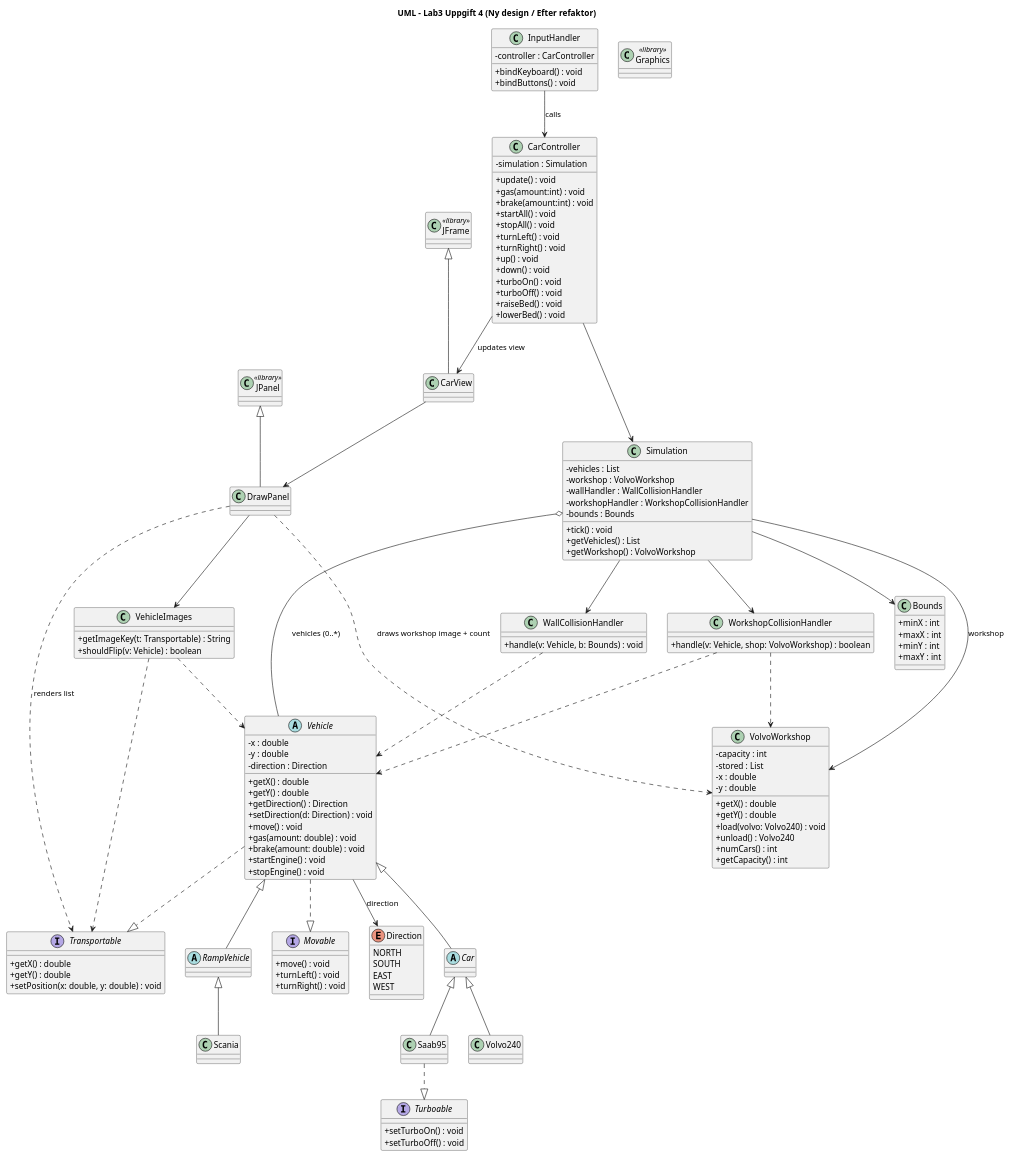
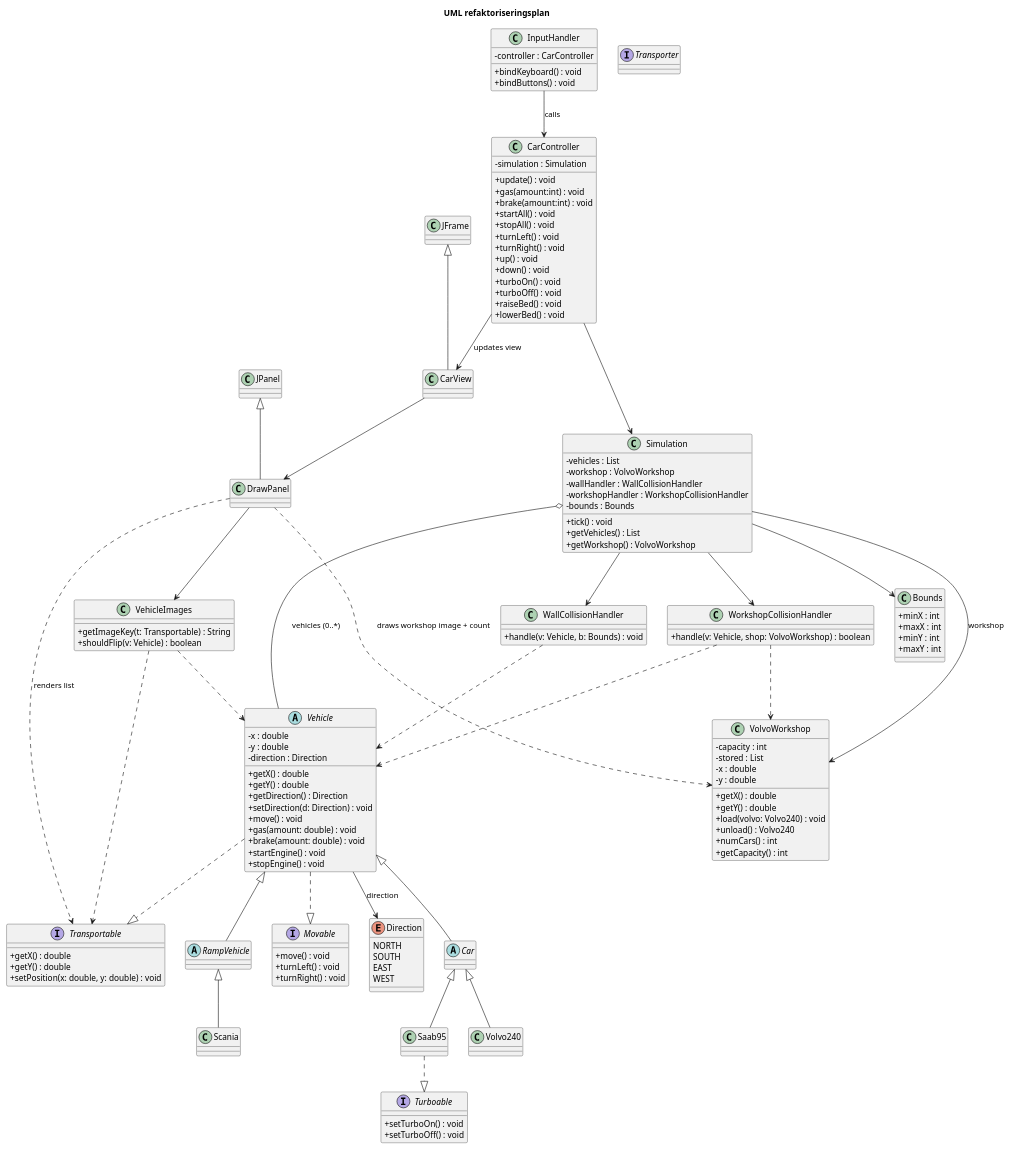
One commit to wat3rbottl/lab1 changed the diagram in src/newRefactor.puml. Above: the diagram before and after it, drawn with PlantUML. The commit also changed 2 other files, not shown here.

Commit message:
UML updates cont.

```diff
--- a/src/newRefactor.puml
+++ b/src/newRefactor.puml
@@ -1,185 +1,185 @@
 @startuml
 skinparam classAttributeIconSize 0
-title UML - Lab3 Uppgift 4 (Ny design / Efter refaktor)
+title UML refaktoriseringsplan
 
 ' =========================
 ' Interfaces (abstraherar modellen)
 ' =========================
 interface Movable {
   + move() : void
   + turnLeft() : void
   + turnRight() : void
+}
+
+interface Transporter{
+
 }
 
 interface Transportable {
   + getX() : double
   + getY() : double
   + setPosition(x: double, y: double) : void
 }
 
 interface Turboable {
   + setTurboOn() : void
   + setTurboOff() : void
 }
 
 ' =========================
 ' Domain model (Lab1)
 ' =========================
 enum Direction {
   NORTH
   SOUTH
   EAST
   WEST
 }
 
 abstract class Vehicle {
   - x : double
   - y : double
   - direction : Direction
   + getX() : double
   + getY() : double
   + getDirection() : Direction
   + setDirection(d: Direction) : void
   + move() : void
   + gas(amount: double) : void
   + brake(amount: double) : void
   + startEngine() : void
   + stopEngine() : void
 }
 
 abstract class Car
 class Volvo240
 class Saab95
 abstract class RampVehicle
 class Scania
 
 ' =========================
 ' Workshop (Volvo-only as per requirement)
 ' =========================
 class VolvoWorkshop {
   - capacity : int
   - stored : List
   - x : double
   - y : double
   + getX() : double
   + getY() : double
   + load(volvo: Volvo240) : void
   + unload() : Volvo240
   + numCars() : int
   + getCapacity() : int
 }
 
 ' =========================
 ' Simulation / rules (SoC)
 ' =========================
 class Simulation {
   - vehicles : List
   - workshop : VolvoWorkshop
   - wallHandler : WallCollisionHandler
   - workshopHandler : WorkshopCollisionHandler
   - bounds : Bounds
   + tick() : void
   + getVehicles() : List
   + getWorkshop() : VolvoWorkshop
 }
 
 class WallCollisionHandler {
   + handle(v: Vehicle, b: Bounds) : void
 }
 
 class WorkshopCollisionHandler {
   + handle(v: Vehicle, shop: VolvoWorkshop) : boolean
 }
 
 class Bounds {
   + minX : int
   + maxX : int
   + minY : int
   + maxY : int
 }
 
 ' =========================
 ' GUI (Lab2) - decoupled
 ' =========================
 class CarController {
   - simulation : Simulation
   + update() : void
   + gas(amount:int) : void
   + brake(amount:int) : void
   + startAll() : void
   + stopAll() : void
   + turnLeft() : void
   + turnRight() : void
   + up() : void
   + down() : void
   + turboOn() : void
   + turboOff() : void
   + raiseBed() : void
   + lowerBed() : void
 }
 
 class InputHandler {
   - controller : CarController
   + bindKeyboard() : void
   + bindButtons() : void
 }
 
 class CarView
 class DrawPanel
 
 class VehicleImages {
   + getImageKey(t: Transportable) : String
   + shouldFlip(v: Vehicle) : boolean
 }
 
-class JFrame <<library>>
-class JPanel <<library>>
-class Graphics <<library>>
-
 ' =========================
 ' Relationships
 ' =========================
 
 ' Realization
 Vehicle ..|> Movable
 Vehicle ..|> Transportable
 Saab95 ..|> Turboable
 
 ' Inheritance
 Vehicle <|-- Car
 Car <|-- Volvo240
 Car <|-- Saab95
 Vehicle <|-- RampVehicle
 RampVehicle <|-- Scania
 
 Vehicle --> Direction : direction
 
 ' Simulation owns rules and world state
 Simulation o-- Vehicle : vehicles (0..*)
 Simulation --> VolvoWorkshop : workshop
 Simulation --> WallCollisionHandler
 Simulation --> WorkshopCollisionHandler
 Simulation --> Bounds
 
 ' Handlers depend on abstractions (low coupling)
 WallCollisionHandler ..> Vehicle
 WorkshopCollisionHandler ..> Vehicle
 WorkshopCollisionHandler ..> VolvoWorkshop
 
 ' GUI structure
 JFrame <|-- CarView
 JPanel <|-- DrawPanel
 
 CarController --> Simulation
 CarController --> CarView : updates view
 
 InputHandler --> CarController : calls
 
 CarView --> DrawPanel
 DrawPanel --> VehicleImages
 DrawPanel ..> Transportable : renders list
 DrawPanel ..> VolvoWorkshop : draws workshop image + count
 VehicleImages ..> Transportable
 VehicleImages ..> Vehicle
 
 @enduml
```
